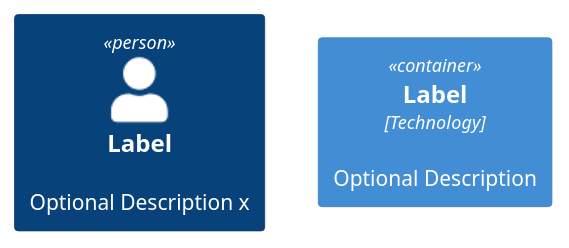
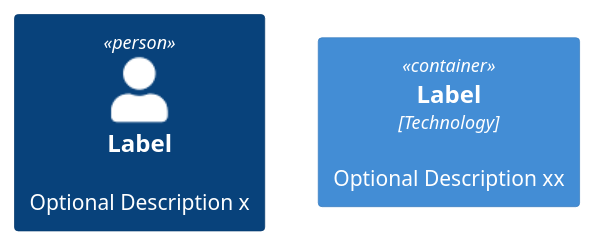
Before and after one commit to budgiedownunder/maze: the diagram in diagrams/maze.puml, drawn with PlantUML. The commit also changed 1 other file, not shown here.

```diff
--- a/diagrams/maze.puml
+++ b/diagrams/maze.puml
@@ -1,5 +1,5 @@
 @startuml
 !include includes/C4_Container.puml
 Person(personAlias, "Label", "Optional Description x")
-Container(containerAlias, "Label", "Technology", "Optional Description")
+Container(containerAlias, "Label", "Technology", "Optional Description xx")
 @enduml
```
